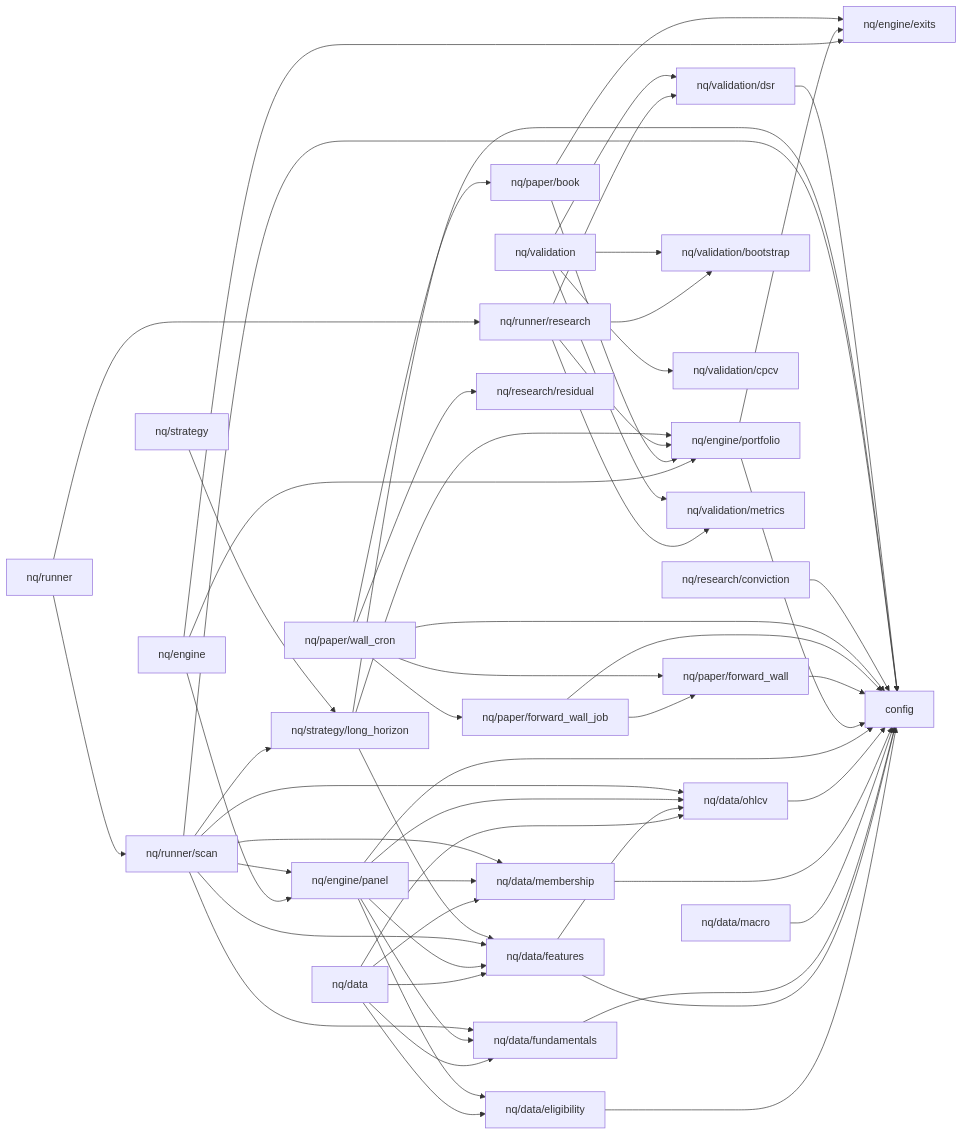
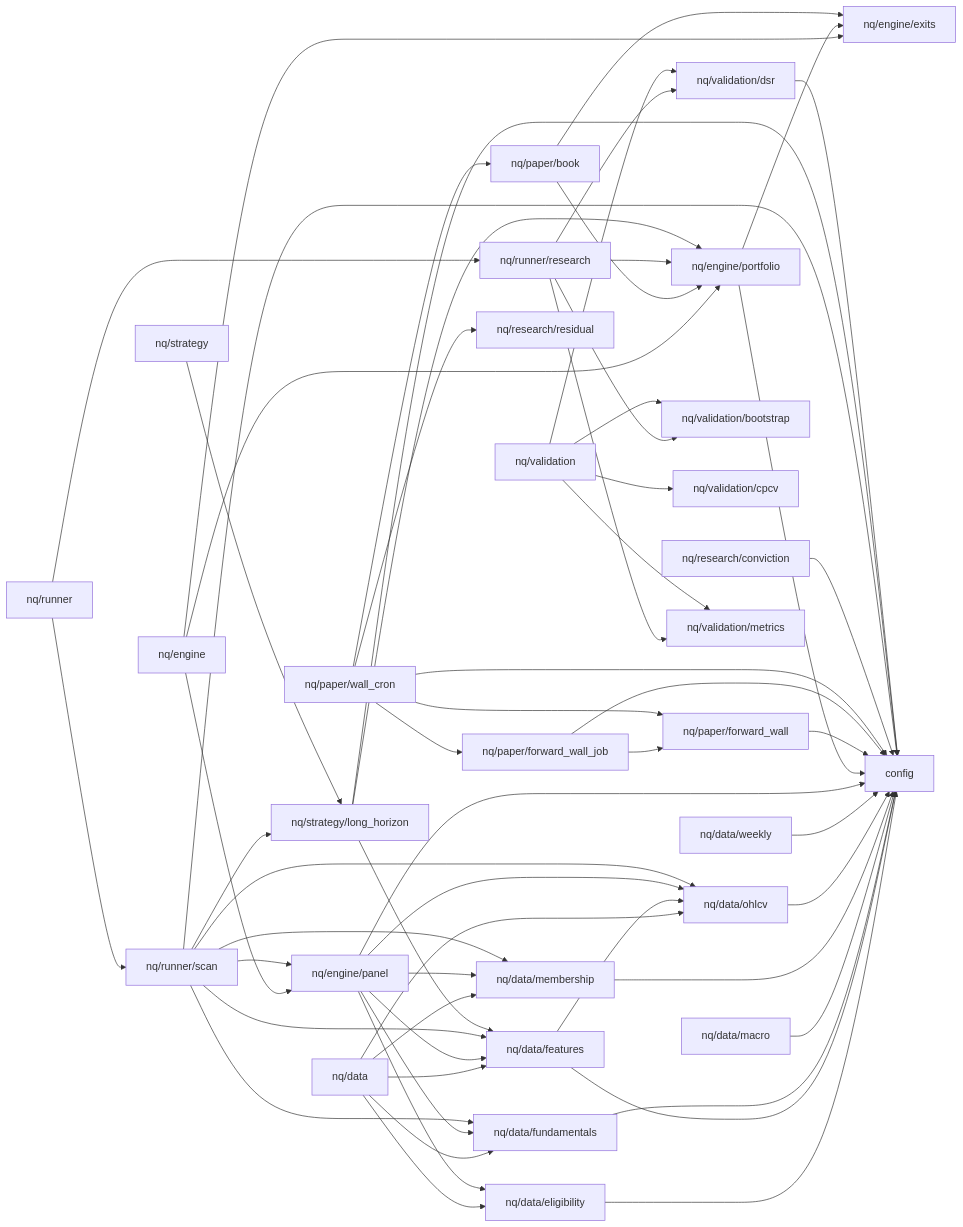
Before and after one commit to kreeshpatel/nifty-satvik: the diagram in docs/DEPENDENCY_MAP.md, drawn with Mermaid. The commit also changed 2 other files, not shown here.

```diff
--- a/docs/DEPENDENCY_MAP.md
+++ b/docs/DEPENDENCY_MAP.md
@@ -16,6 +16,7 @@
     nq_data_macro["nq/data/macro"]
     nq_data_membership["nq/data/membership"]
     nq_data_ohlcv["nq/data/ohlcv"]
+    nq_data_weekly["nq/data/weekly"]
     nq_engine["nq/engine"]
     nq_engine_exits["nq/engine/exits"]
     nq_engine_panel["nq/engine/panel"]
@@ -48,6 +49,7 @@
     nq_data_macro --> config
     nq_data_membership --> config
     nq_data_ohlcv --> config
+    nq_data_weekly --> config
     nq_engine --> nq_engine_exits
     nq_engine --> nq_engine_panel
     nq_engine --> nq_engine_portfolio
```
